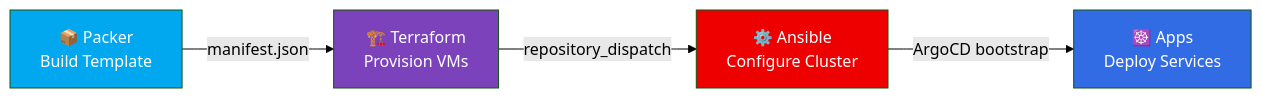
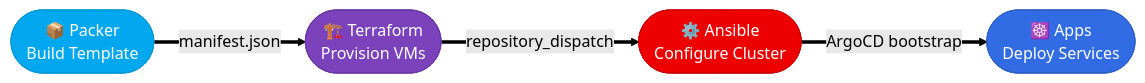
Before and after one commit to Starktastic-Homelab/packer: the third of 3 diagrams in README.md, drawn with Mermaid (forest theme). The commit also changed other lines of this file, not shown here.

Commit message:
docs: prettify Mermaid diagrams with semantic shapes and visual hierarchy

````diff
--- a/README.md
+++ b/README.md
@@ -181,11 +179,15 @@
 ```mermaid
 flowchart LR
-    P["📦 Packer\nBuild Template"] -->|manifest.json| T["🏗️ Terraform\nProvision VMs"]
-    T -->|repository_dispatch| A["⚙️ Ansible\nConfigure Cluster"]
-    A -->|ArgoCD bootstrap| K["☸️ Apps\nDeploy Services"]
+    P(["📦 Packer\nBuild Template"]) ==>|manifest.json| T(["🏗️ Terraform\nProvision VMs"])
+    T ==>|repository_dispatch| A(["⚙️ Ansible\nConfigure Cluster"])
+    A ==>|ArgoCD bootstrap| K(["☸️ Apps\nDeploy Services"])
 
-    style P fill:#02A8EF,color:#fff
-    style T fill:#7B42BC,color:#fff
-    style A fill:#EE0000,color:#fff
-    style K fill:#326CE5,color:#fff
+    classDef packer fill:#02A8EF,stroke:#0196D4,color:#fff
+    classDef terraform fill:#7B42BC,stroke:#6A35A3,color:#fff
+    classDef ansible fill:#EE0000,stroke:#CC0000,color:#fff
+    classDef apps fill:#326CE5,stroke:#2B5FC2,color:#fff
+    class P packer
+    class T terraform
+    class A ansible
+    class K apps
 ```
````
